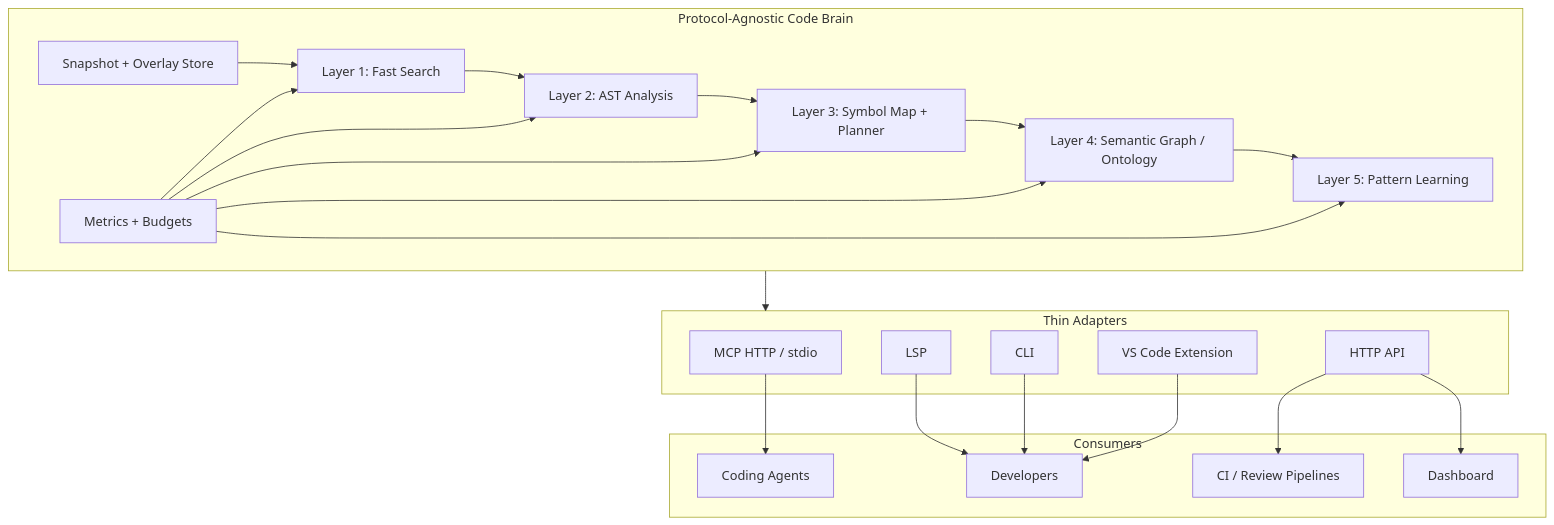
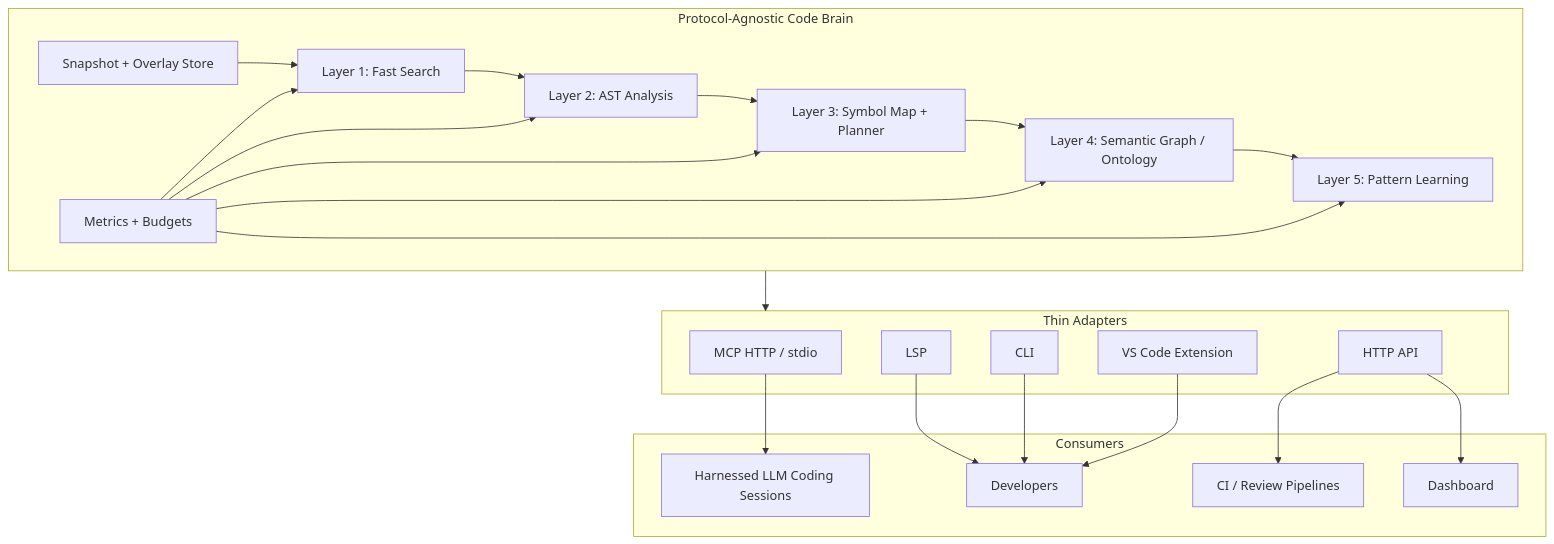
Before and after one commit to tryingET/semantic-code-intelligence: the diagram in VISION.md, drawn with Mermaid. The commit also changed other lines of this file, not shown here.

Commit message:
docs: clarify harnessed llm terminology

````diff
--- a/VISION.md
+++ b/VISION.md
@@ -54,44 +56,44 @@
 ```mermaid
 graph TB
   subgraph CORE["Protocol-Agnostic Code Brain"]
     SNAP["Snapshot + Overlay Store"]
     L1["Layer 1: Fast Search"]
     L2["Layer 2: AST Analysis"]
     L3["Layer 3: Symbol Map + Planner"]
     L4["Layer 4: Semantic Graph / Ontology"]
     L5["Layer 5: Pattern Learning"]
     METRICS["Metrics + Budgets"]
 
     SNAP --> L1 --> L2 --> L3
     L3 --> L4
     L4 --> L5
     METRICS --> L1
     METRICS --> L2
     METRICS --> L3
     METRICS --> L4
     METRICS --> L5
   end
 
   subgraph ADAPTERS["Thin Adapters"]
     MCP["MCP HTTP / stdio"]
     HTTP["HTTP API"]
     LSP["LSP"]
     CLI["CLI"]
     VSCODE["VS Code Extension"]
   end
 
   subgraph USERS["Consumers"]
-    AGENTS["Coding Agents"]
+    HLLM["Harnessed LLM Coding Sessions"]
     DEVS["Developers"]
     CI["CI / Review Pipelines"]
     DASH["Dashboard"]
   end
 
   CORE --> ADAPTERS
-  MCP --> AGENTS
+  MCP --> HLLM
   HTTP --> DASH
   HTTP --> CI
   LSP --> DEVS
   CLI --> DEVS
   VSCODE --> DEVS
 ```
````
